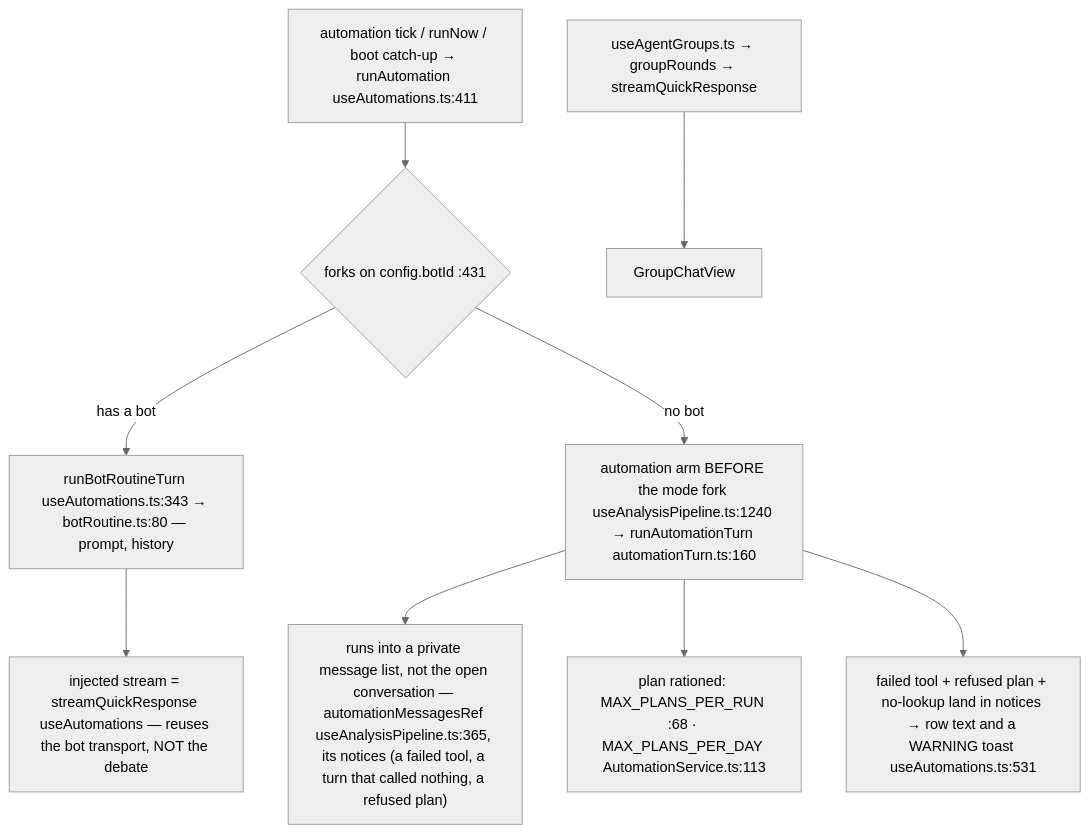
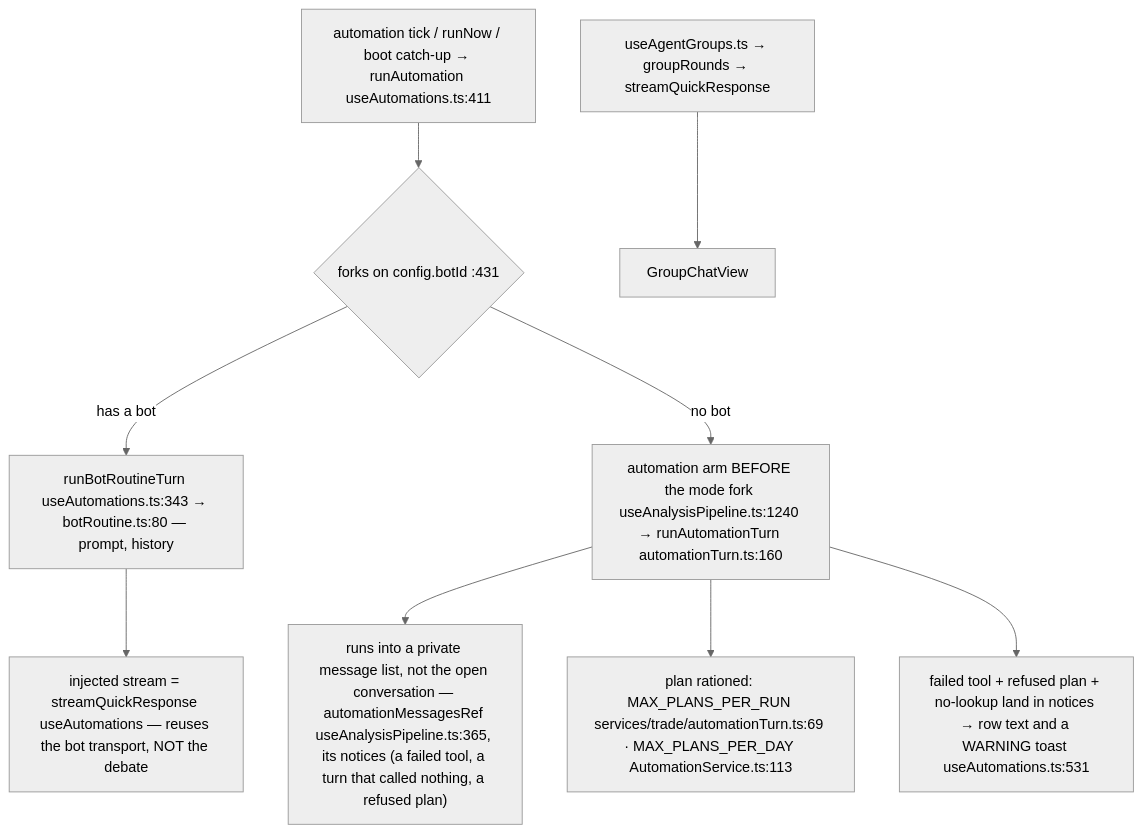
Before and after one commit to Acepay25/august-3.5: the fifth of 7 diagrams in docs/app-flow.md, drawn with Mermaid (neutral theme). The commit also changed other lines of this file and 2 other files, not shown here.

First line of the commit message:
docs(app-flow): qualify every line number, which found six of them wrong

````diff
--- a/docs/app-flow.md
+++ b/docs/app-flow.md
@@ -254,11 +254,11 @@
 ```mermaid
 flowchart TD
     TK["automation tick / runNow / boot catch-up → runAutomation useAutomations.ts:411"] --> D{"forks on config.botId :431"}
     D -->|has a bot| BR["runBotRoutineTurn useAutomations.ts:343 → botRoutine.ts:80 — prompt, history"]
     BR --> ST["injected stream = streamQuickResponse useAutomations — reuses the bot transport, NOT the debate"]
     D -->|no bot| AT["automation arm BEFORE the mode fork useAnalysisPipeline.ts:1240 → runAutomationTurn automationTurn.ts:160"]
     AT --> PRIV["runs into a private message list, not the open conversation — automationMessagesRef useAnalysisPipeline.ts:365, its notices (a failed tool, a turn that called nothing, a refused plan)"]
-    AT --> CAP["plan rationed: MAX_PLANS_PER_RUN :68 · MAX_PLANS_PER_DAY AutomationService.ts:113"]
+    AT --> CAP["plan rationed: MAX_PLANS_PER_RUN services/trade/automationTurn.ts:69 · MAX_PLANS_PER_DAY AutomationService.ts:113"]
     AT --> FAIL["failed tool + refused plan + no-lookup land in notices → row text and a WARNING toast useAutomations.ts:531"]
     GR["useAgentGroups.ts → groupRounds → streamQuickResponse"] --> GV["GroupChatView"]
 ```
````
